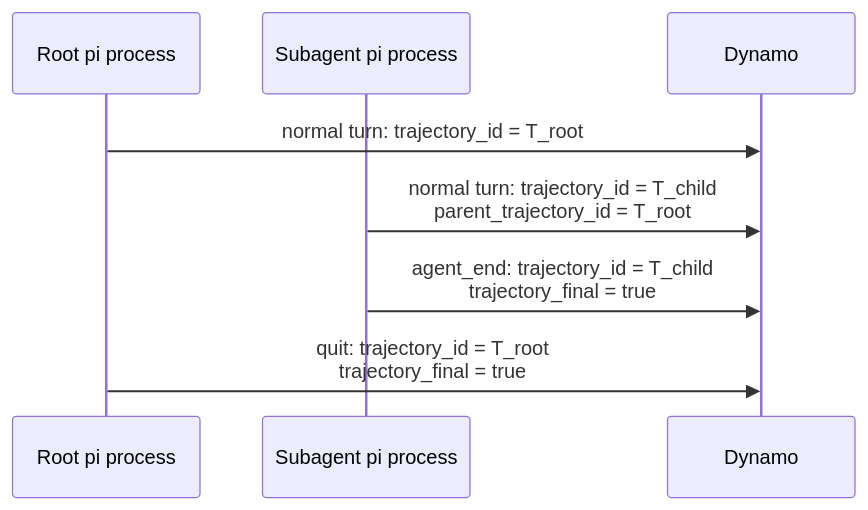
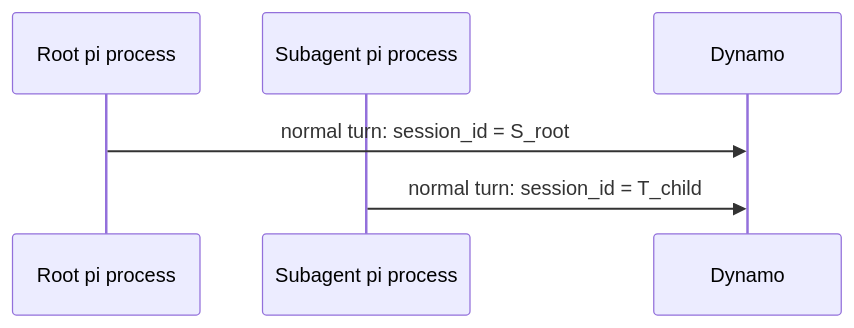
One commit to ai-dynamo/agent-plugins changed the diagram in README.md. Above: the diagram before and after it, drawn with Mermaid. The commit also changed other lines of this file and 8 other files, not shown here.

````diff
--- a/README.md
+++ b/README.md
@@ -53,10 +51,8 @@
 ```mermaid
 sequenceDiagram
     participant Root as Root pi process
     participant Child as Subagent pi process
     participant Dynamo
-    Root->>Dynamo: normal turn: trajectory_id = T_root
-    Child->>Dynamo: normal turn: trajectory_id = T_child<br/>parent_trajectory_id = T_root
-    Child->>Dynamo: agent_end: trajectory_id = T_child<br/>trajectory_final = true
-    Root->>Dynamo: quit: trajectory_id = T_root<br/>trajectory_final = true
+    Root->>Dynamo: normal turn: session_id = S_root
+    Child->>Dynamo: normal turn: session_id = T_child
 ```
````
